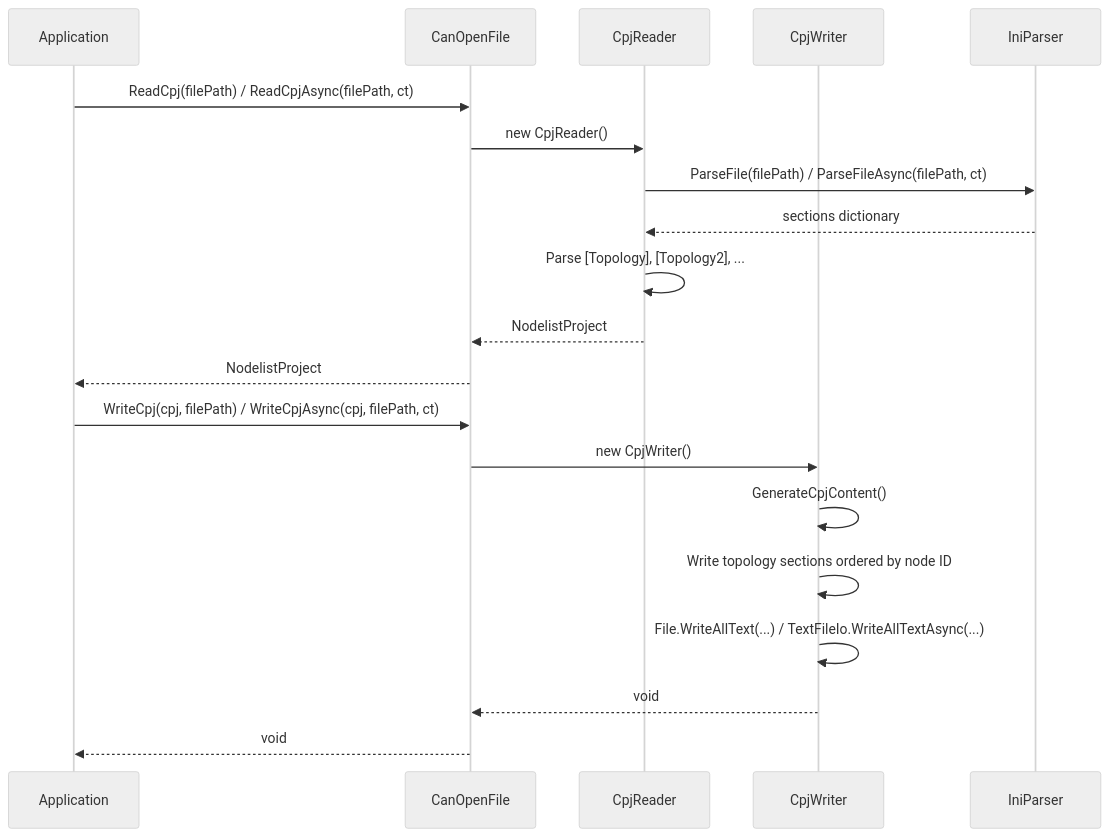
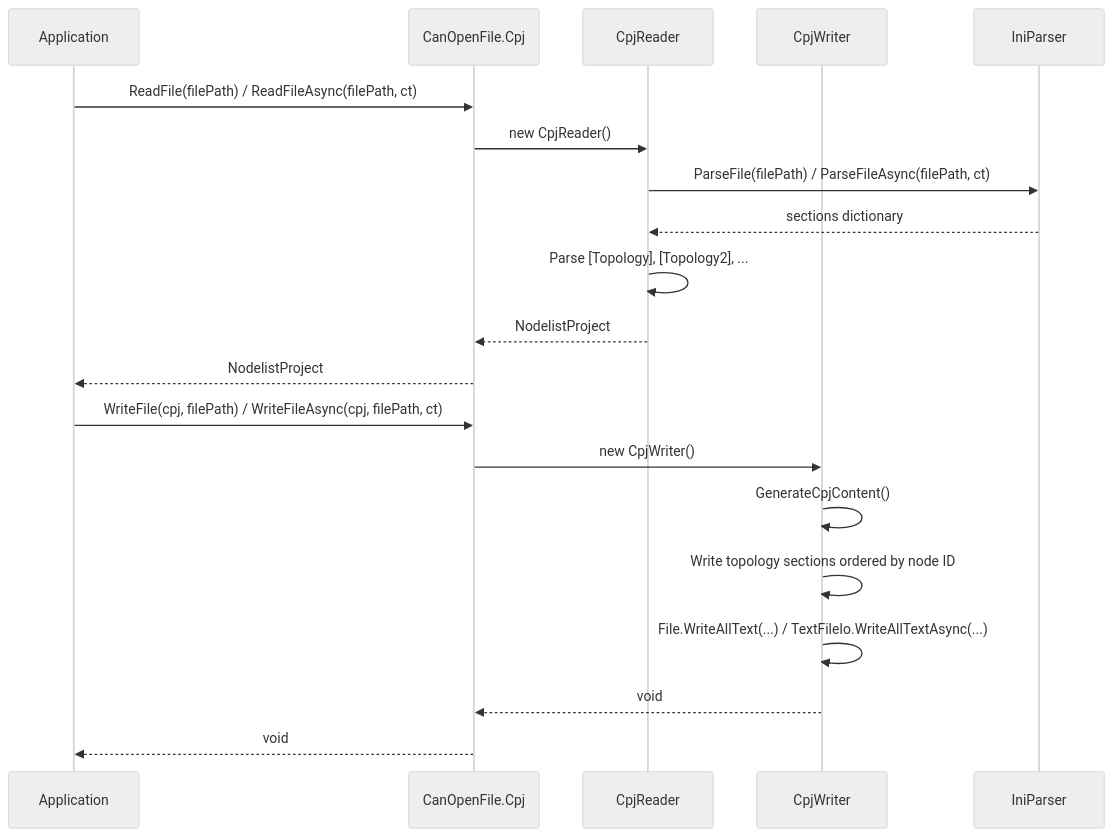
One commit to dborgards/eds-dcf-net changed the sixth of 9 diagrams in docs/architecture/06-runtime-view.md. Above: the diagram before and after it, drawn with Mermaid (neutral theme). The commit also changed other lines of this file and 7 other files, not shown here.

First line of the commit message:
docs: align architecture docs, remarks, examples, README with 1.13 surface (#547)

````diff
--- a/docs/architecture/06-runtime-view.md
+++ b/docs/architecture/06-runtime-view.md
@@ -103,24 +141,24 @@
 ```mermaid
 sequenceDiagram
     participant App as Application
-    participant CF as CanOpenFile
+    participant CF as CanOpenFile.Cpj
     participant CR as CpjReader
     participant CW as CpjWriter
     participant IP as IniParser
 
-    App->>CF: ReadCpj(filePath) / ReadCpjAsync(filePath, ct)
+    App->>CF: ReadFile(filePath) / ReadFileAsync(filePath, ct)
     CF->>CR: new CpjReader()
     CR->>IP: ParseFile(filePath) / ParseFileAsync(filePath, ct)
     IP-->>CR: sections dictionary
     CR->>CR: Parse [Topology], [Topology2], ...
     CR-->>CF: NodelistProject
     CF-->>App: NodelistProject
 
-    App->>CF: WriteCpj(cpj, filePath) / WriteCpjAsync(cpj, filePath, ct)
+    App->>CF: WriteFile(cpj, filePath) / WriteFileAsync(cpj, filePath, ct)
     CF->>CW: new CpjWriter()
     CW->>CW: GenerateCpjContent()
     CW->>CW: Write topology sections ordered by node ID
     CW->>CW: File.WriteAllText(...) / TextFileIo.WriteAllTextAsync(...)
     CW-->>CF: void
     CF-->>App: void
 ```
````
